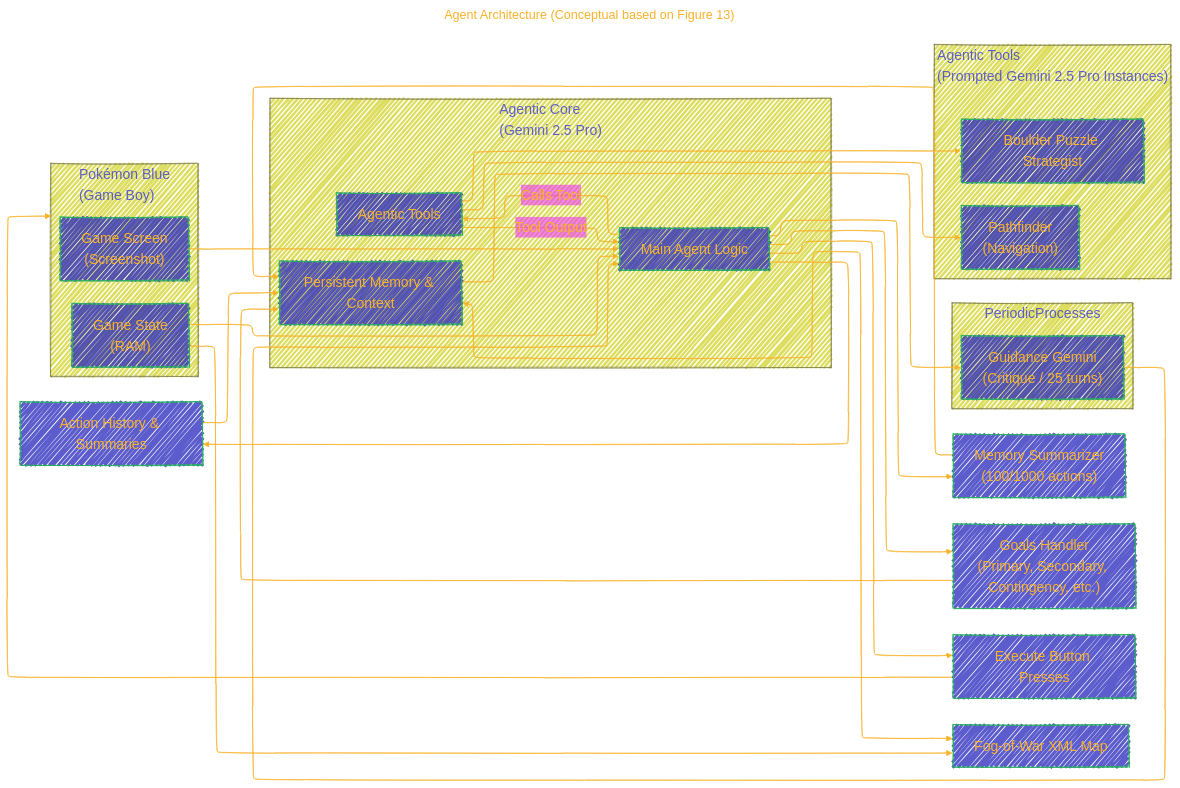
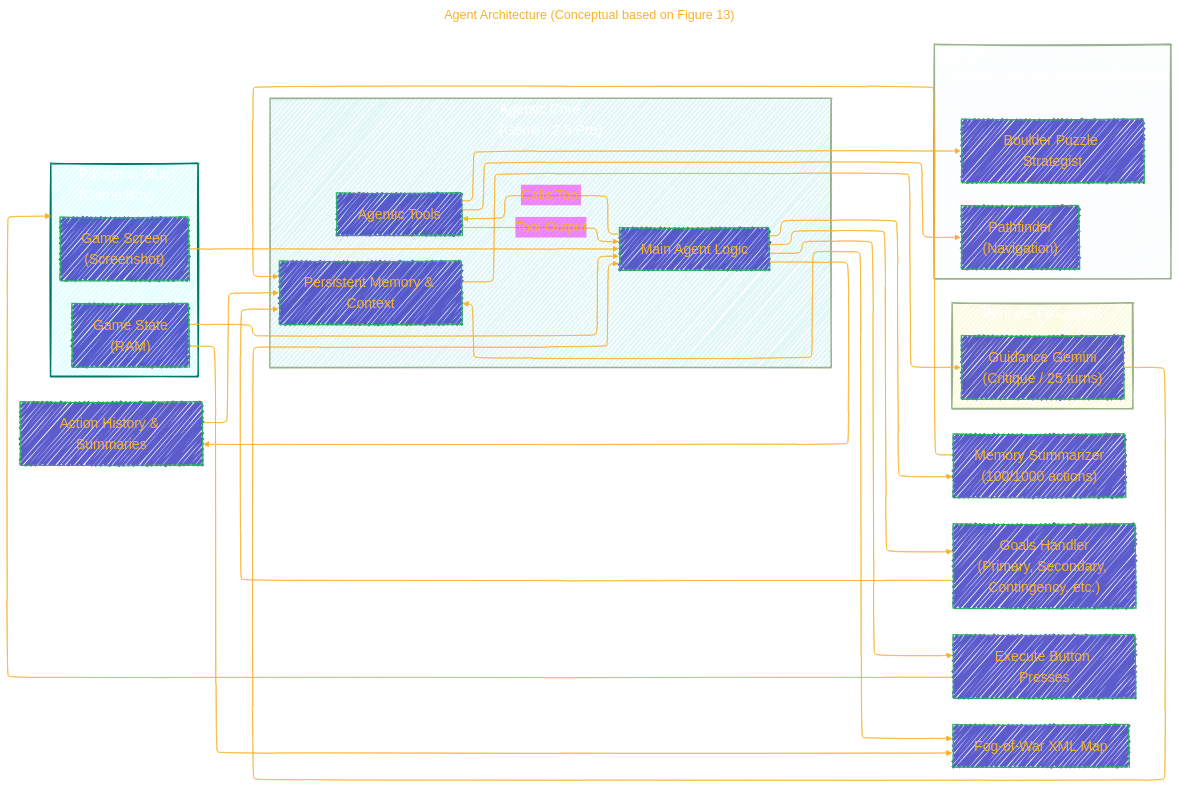
One commit to CongLeSolutionX/Synthetic-Zooniverse changed the eighth of 11 diagrams in GOOGLE/GEMINI_FAMILY/gemini_v2_5_report.md. Above: the diagram before and after it, drawn with Mermaid. The commit also changed other lines of this file, not shown here.

```diff
--- a/GOOGLE/GEMINI_FAMILY/gemini_v2_5_report.md
+++ b/GOOGLE/GEMINI_FAMILY/gemini_v2_5_report.md
@@ -700,11 +703,13 @@
 }%%
 flowchart LR
     subgraph GameEnv["Pokémon Blue<br/>(Game Boy)"]
+    style GameEnv fill:#2FF2,stroke:#00796b,stroke-width:2px, color: #FFFF
         Screen["Game Screen<br/>(Screenshot)"]
         RAM["Game State<br/>(RAM)"]
     end
 
     subgraph AgentCore["Agentic Core<br/>(Gemini 2.5 Pro)"]
+    style AgentCore fill:#2BB2,stroke:#796b,stroke-width:2px, color: #FFFF
     direction LR
         MainAgent["Main Agent Logic"]
         Memory["Persistent Memory & Context"]
@@ -724,13 +729,15 @@
     MainAgent --> ButtonPresses["Execute Button Presses"]
     ButtonPresses --> GameEnv
 
-    subgraph PeriodicProcesses
-        Guidance["Guidance Gemini<br/>(Critique / 25 turns)"]
+    subgraph PeriodicProcesses["Periodic Processes"]
+    style PeriodicProcesses fill:#DD22,stroke:#796b,stroke-width:2px, color: #FFFF
+      Guidance["Guidance Gemini<br/>(Critique / 25 turns)"]
     end
     Memory --> Guidance
     Guidance --> MainAgent
 
     subgraph AgenticTools["Agentic Tools<br/>(Prompted Gemini 2.5 Pro Instances)"]
+    style AgenticTools fill:#DEF2,stroke:#796b,stroke-width:2px, color: #FFFF
         Pathfinder["Pathfinder<br/>(Navigation)"]
         BoulderPuzzle["Boulder Puzzle Strategist"]
     end
```
